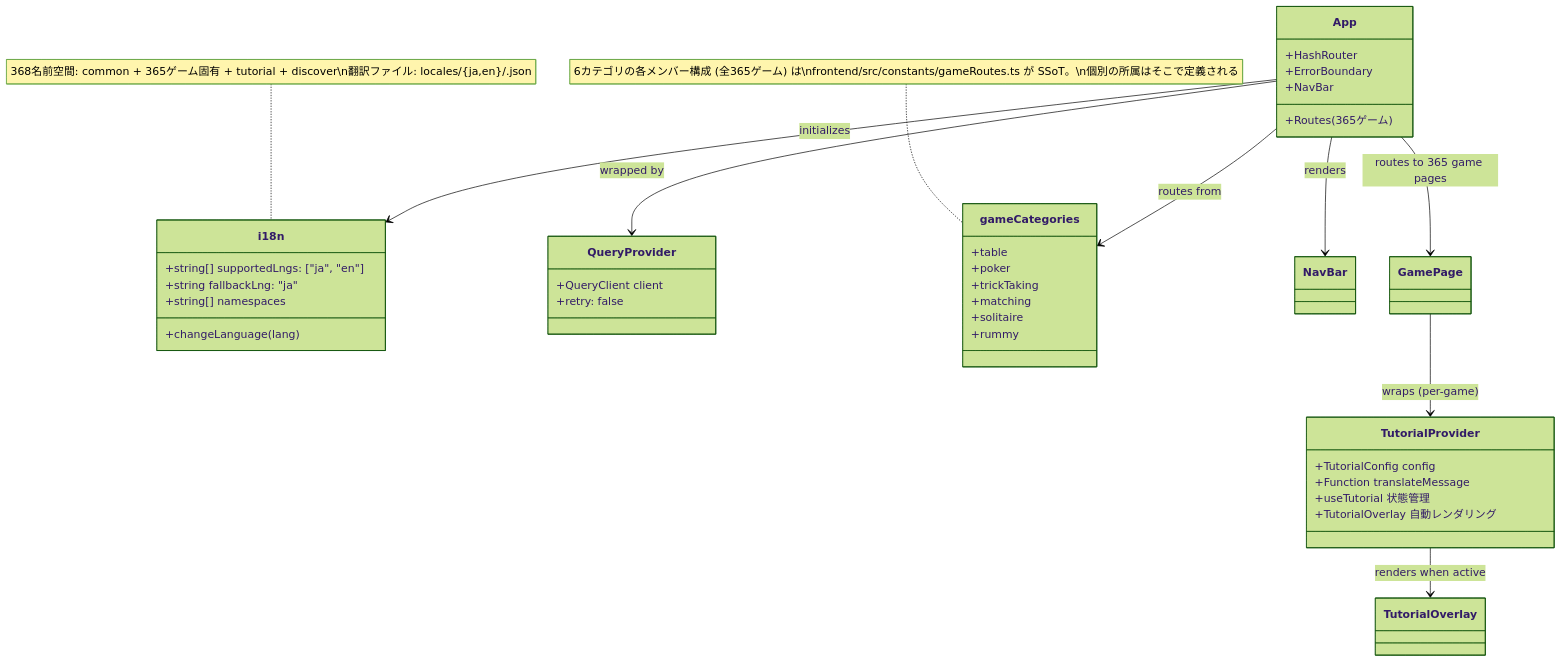
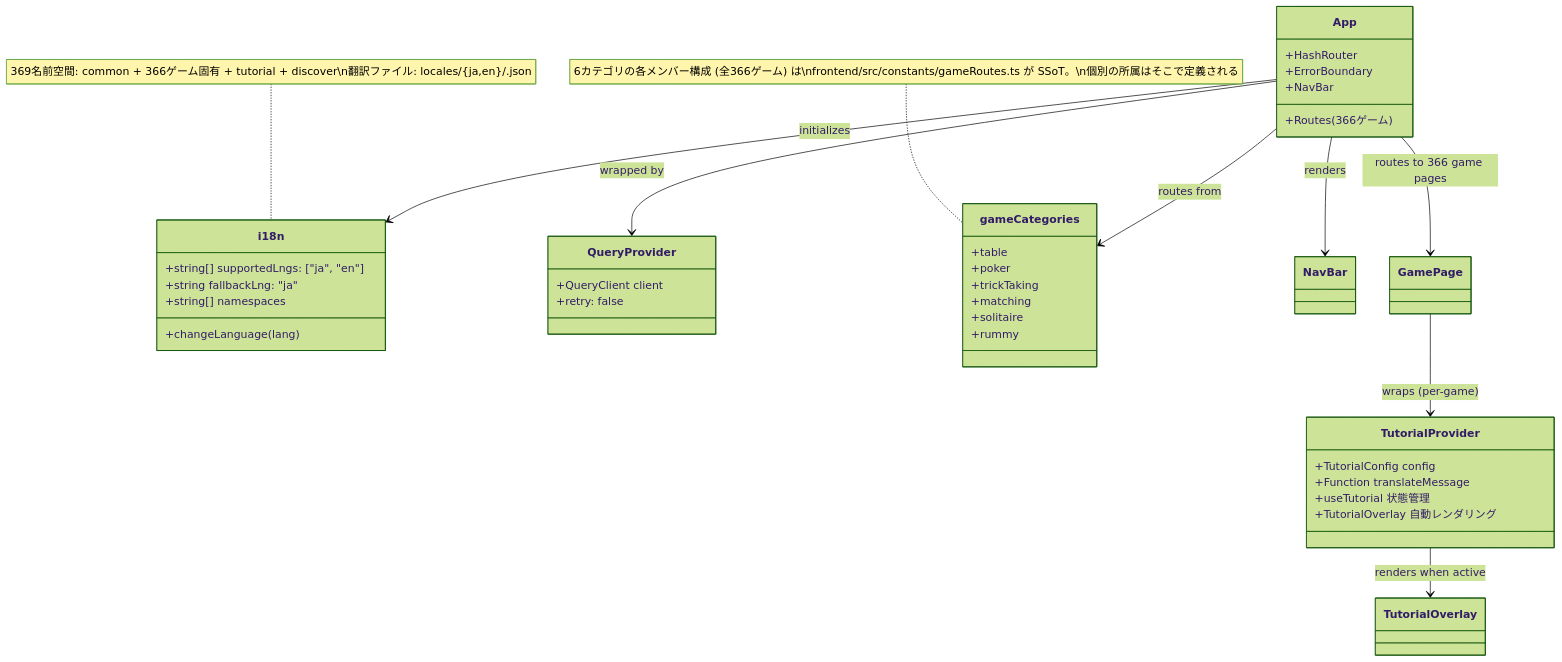
Before and after one commit to yuta-yoshinaga/go_trumpcards: the ninth of 49 diagrams in docs/design/frontend.md, drawn with Mermaid (forest theme). The commit also changed other lines of this file and 64 other files, not shown here.

````diff
--- a/docs/design/frontend.md
+++ b/docs/design/frontend.md
@@ -1874,48 +1874,48 @@
 ```mermaid
 classDiagram
     class i18n {
         +string[] supportedLngs: ["ja", "en"]
         +string fallbackLng: "ja"
         +string[] namespaces
         +changeLanguage(lang)
     }
 
     class QueryProvider {
         +QueryClient client
         +retry: false
     }
 
     class App {
         +HashRouter
         +ErrorBoundary
         +NavBar
-        +Routes (365ゲーム)
+        +Routes (366ゲーム)
     }
 
     class gameCategories {
         +table
         +poker
         +trickTaking
         +matching
         +solitaire
         +rummy
     }
-    note for gameCategories "6カテゴリの各メンバー構成 (全365ゲーム) は\nfrontend/src/constants/gameRoutes.ts が SSoT。\n個別の所属はそこで定義される"
+    note for gameCategories "6カテゴリの各メンバー構成 (全366ゲーム) は\nfrontend/src/constants/gameRoutes.ts が SSoT。\n個別の所属はそこで定義される"
 
     class TutorialProvider {
         +TutorialConfig config
         +Function translateMessage
         +useTutorial 状態管理
         +TutorialOverlay 自動レンダリング
     }
 
     App --> QueryProvider : wrapped by
     App --> i18n : initializes
     App --> gameCategories : routes from
     App --> NavBar : renders
-    App --> GamePage : routes to 365 game pages
+    App --> GamePage : routes to 366 game pages
     GamePage --> TutorialProvider : wraps (per-game)
     TutorialProvider --> TutorialOverlay : renders when active
 
-    note for i18n "368名前空間: common + 365ゲーム固有 + tutorial + discover\n翻訳ファイル: locales/{ja,en}/<game>.json"
+    note for i18n "369名前空間: common + 366ゲーム固有 + tutorial + discover\n翻訳ファイル: locales/{ja,en}/<game>.json"
 ```
````
